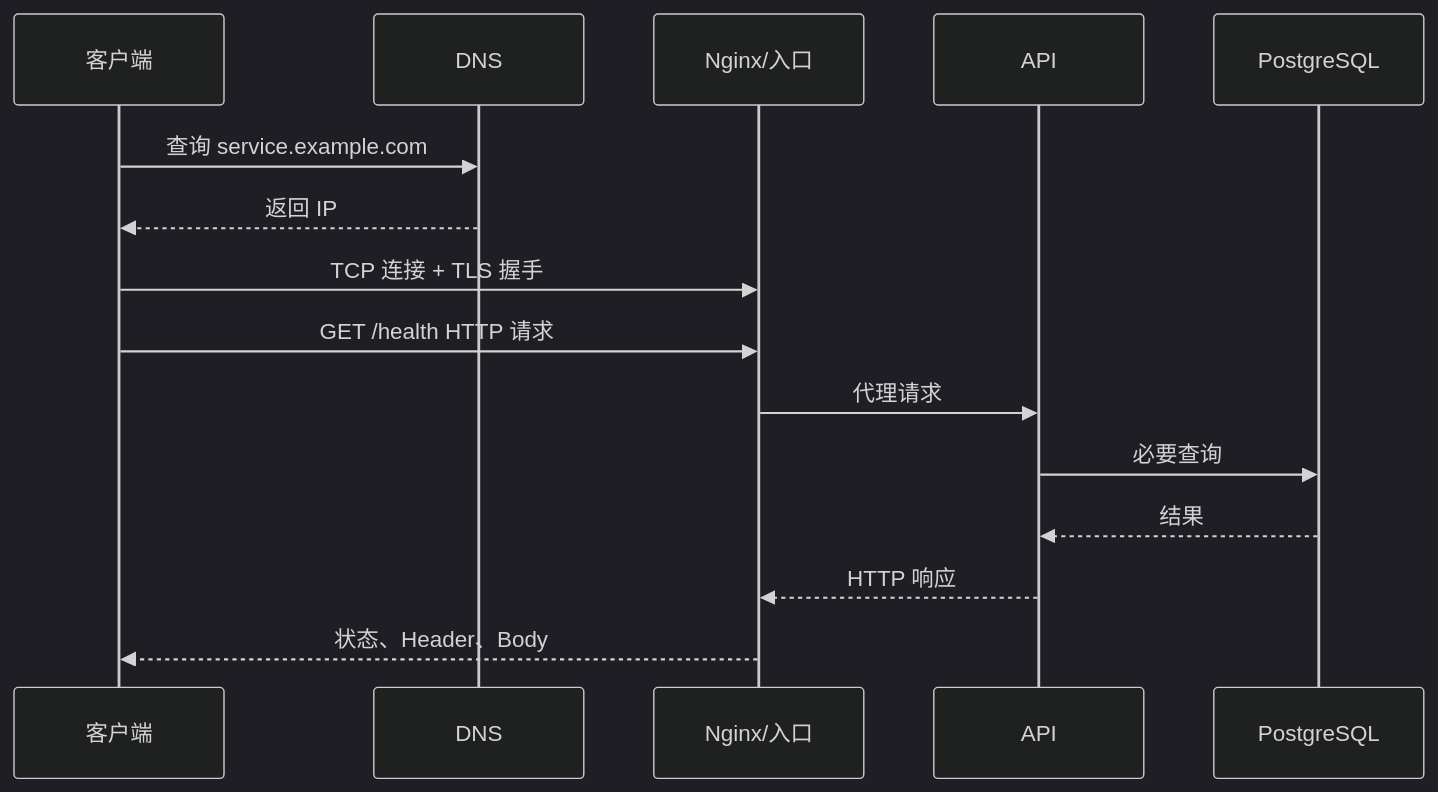
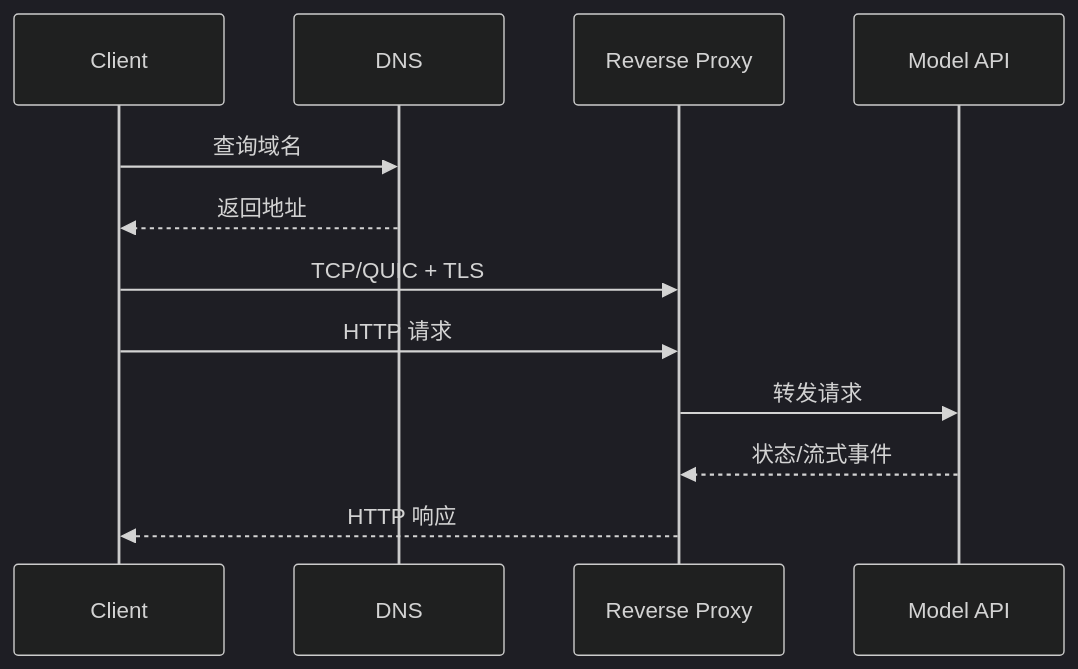
The diagram in docs/devops/network-dns-tls-http-proxy.md (upJiang/jiang-blog-vitepress), drawn with Mermaid (dark theme) before and after one commit. The commit also changed other lines of this file and 425 other files, not shown here.

````diff
--- a/docs/devops/network-dns-tls-http-proxy.md
+++ b/docs/devops/network-dns-tls-http-proxy.md
@@ -33,17 +35,14 @@
 ```mermaid
 sequenceDiagram
-  participant C as 客户端
+  participant C as Client
   participant D as DNS
-  participant N as Nginx/入口
-  participant A as API
-  participant P as PostgreSQL
-  C->>D: 查询 service.example.com
-  D-->>C: 返回 IP
-  C->>N: TCP 连接 + TLS 握手
-  C->>N: GET /health HTTP 请求
-  N->>A: 代理请求
-  A->>P: 必要查询
-  P-->>A: 结果
-  A-->>N: HTTP 响应
-  N-->>C: 状态、Header、Body
+  participant P as Reverse Proxy
+  participant A as Model API
+  C->>D: 查询域名
+  D-->>C: 返回地址
+  C->>P: TCP/QUIC + TLS
+  C->>P: HTTP 请求
+  P->>A: 转发请求
+  A-->>P: 状态/流式事件
+  P-->>C: HTTP 响应
 ```
````
